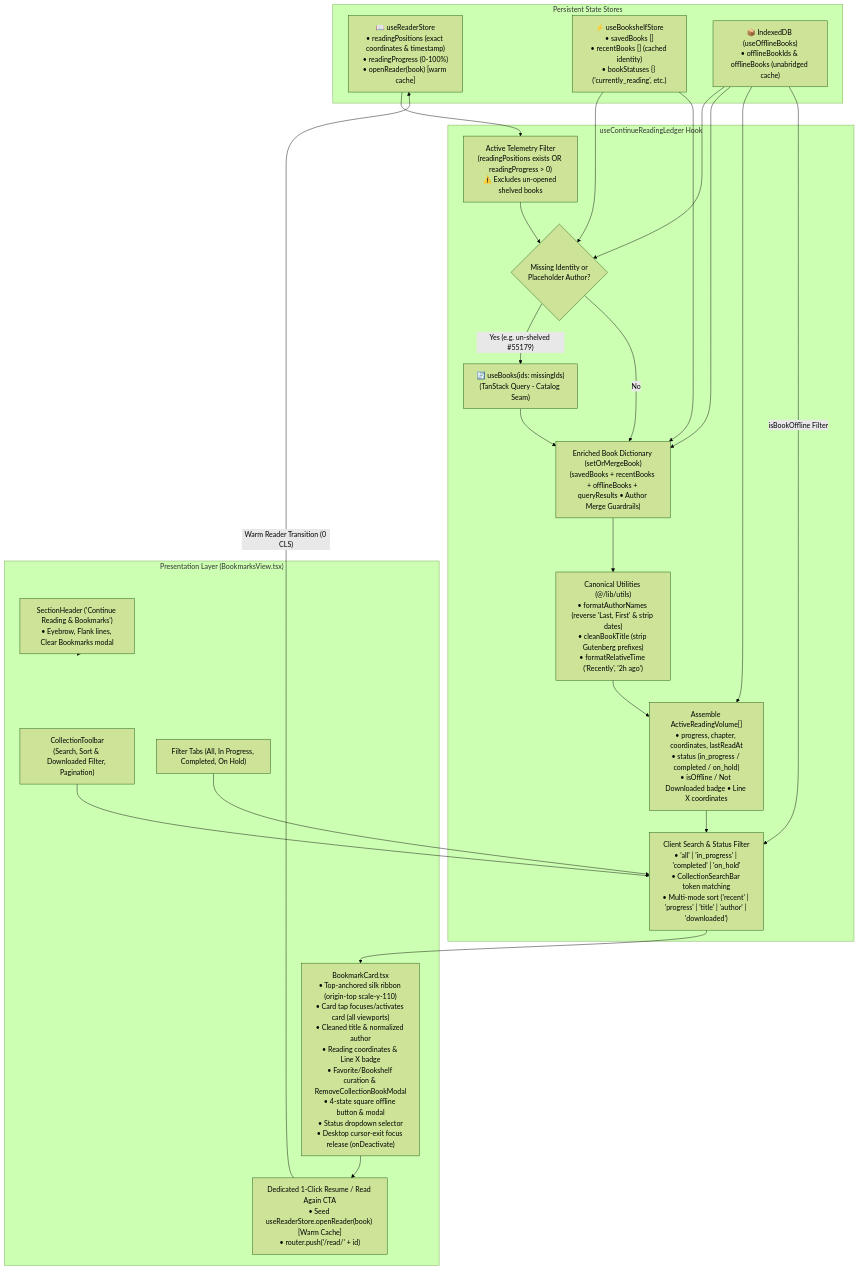
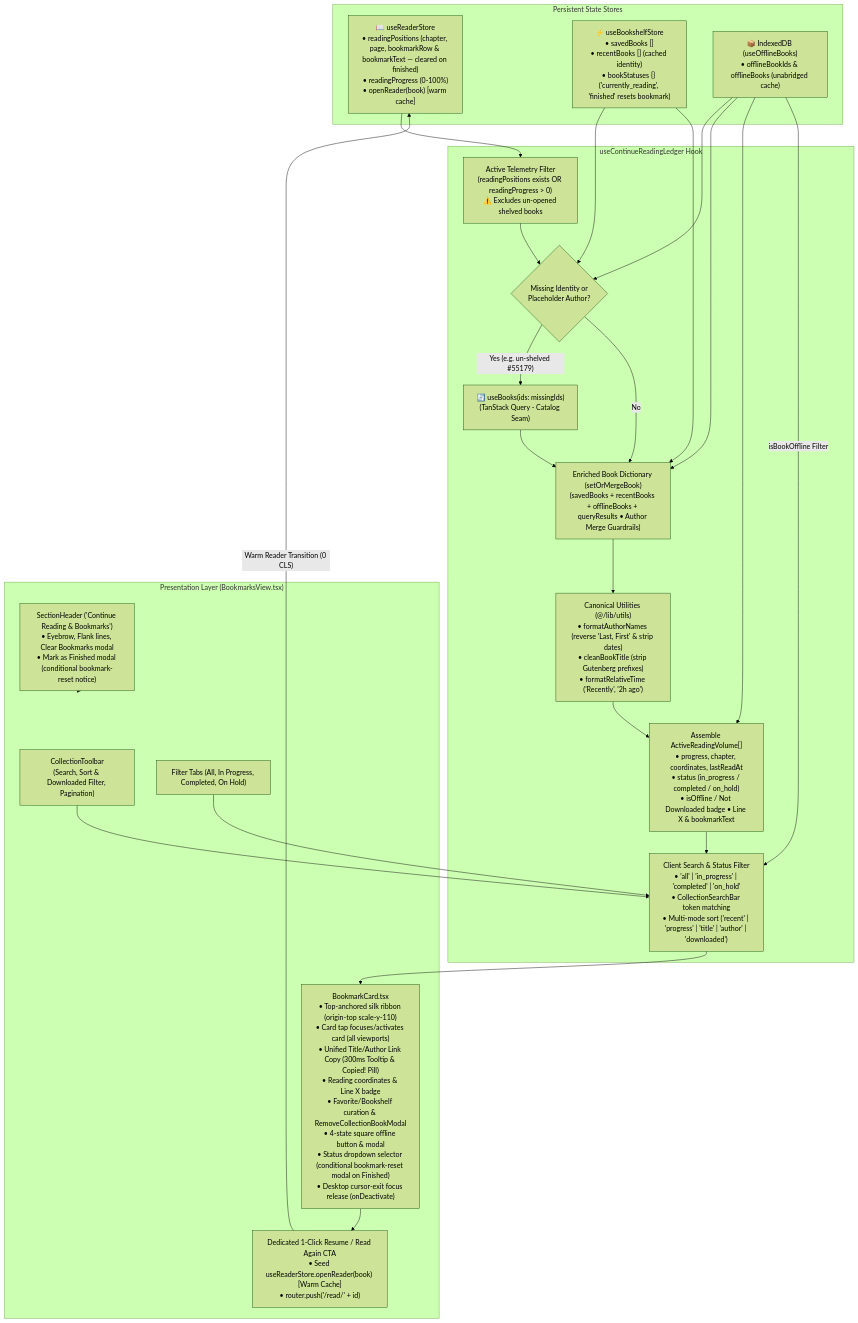
The third of 4 diagrams in README.md (calin-m/Bookarium), drawn with Mermaid (forest theme) before and after one commit. The commit also changed other lines of this file and 58 other files, not shown here.

First line of the commit message:
feat(reader,bookshelf): cross-display bookmark reflow, conditional finished reset, brightness controls & tablet modal parity

````diff
--- a/README.md
+++ b/README.md
@@ -529,47 +532,47 @@
 ```mermaid
 flowchart TD
     subgraph Storage ["Persistent State Stores"]
-        RS["📖 useReaderStore\n• readingPositions (exact coordinates & timestamp)\n• readingProgress (0-100%)\n• openReader(book) [warm cache]"]
-        BS["⚡ useBookshelfStore\n• savedBooks []\n• recentBooks [] (cached identity)\n• bookStatuses {} ('currently_reading', etc.)"]
+        RS["📖 useReaderStore\n• readingPositions (chapter, page, bookmarkRow & bookmarkText — cleared on finished)\n• readingProgress (0-100%)\n• openReader(book) [warm cache]"]
+        BS["⚡ useBookshelfStore\n• savedBooks []\n• recentBooks [] (cached identity)\n• bookStatuses {} ('currently_reading', 'finished' resets bookmark)"]
         IDB["📦 IndexedDB (useOfflineBooks)\n• offlineBookIds & offlineBooks (unabridged cache)"]
     end
 
     subgraph LedgerHook ["useContinueReadingLedger Hook"]
         FilterActive["Active Telemetry Filter\n(readingPositions exists OR readingProgress > 0)\n⚠️ Excludes un-opened shelved books"]
         MissingCheck{"Missing Identity or\nPlaceholder Author?"}
         QueryMissing["🔄 useBooks(ids: missingIds)\n(TanStack Query - Catalog Seam)"]
         EnrichDict["Enriched Book Dictionary (setOrMergeBook)\n(savedBooks + recentBooks + offlineBooks + queryResults • Author Merge Guardrails)"]
         Parser["Canonical Utilities (@/lib/utils)\n• formatAuthorNames (reverse 'Last, First' & strip dates)\n• cleanBookTitle (strip Gutenberg prefixes)\n• formatRelativeTime ('Recently', '2h ago')"]
-        Assembly["Assemble ActiveReadingVolume[]\n• progress, chapter, coordinates, lastReadAt\n• status (in_progress / completed / on_hold)\n• isOffline / Not Downloaded badge • Line X coordinates"]
+        Assembly["Assemble ActiveReadingVolume[]\n• progress, chapter, coordinates, lastReadAt\n• status (in_progress / completed / on_hold)\n• isOffline / Not Downloaded badge • Line X & bookmarkText"]
         FilterSort["Client Search & Status Filter\n• 'all' | 'in_progress' | 'completed' | 'on_hold'\n• CollectionSearchBar token matching\n• Multi-mode sort ('recent' | 'progress' | 'title' | 'author' | 'downloaded')"]
     end
 
     subgraph UI ["Presentation Layer (BookmarksView.tsx)"]
-        Header["SectionHeader ('Continue Reading & Bookmarks')\n• Eyebrow, Flank lines, Clear Bookmarks modal"]
+        Header["SectionHeader ('Continue Reading & Bookmarks')\n• Eyebrow, Flank lines, Clear Bookmarks modal\n• Mark as Finished modal (conditional bookmark-reset notice)"]
         Search["CollectionToolbar\n(Search, Sort & Downloaded Filter, Pagination)"]
         Tabs["Filter Tabs (All, In Progress, Completed, On Hold)"]
-        Cards["BookmarkCard.tsx\n• Top-anchored silk ribbon (origin-top scale-y-110)\n• Card tap focuses/activates card (all viewports)\n• Cleaned title & normalized author\n• Reading coordinates & Line X badge\n• Favorite/Bookshelf curation & RemoveCollectionBookModal\n• 4-state square offline button & modal\n• Status dropdown selector\n• Desktop cursor-exit focus release (onDeactivate)"]
+        Cards["BookmarkCard.tsx\n• Top-anchored silk ribbon (origin-top scale-y-110)\n• Card tap focuses/activates card (all viewports)\n• Unified Title/Author Link Copy (300ms Tooltip & Copied! Pill)\n• Reading coordinates & Line X badge\n• Favorite/Bookshelf curation & RemoveCollectionBookModal\n• 4-state square offline button & modal\n• Status dropdown selector (conditional bookmark-reset modal on Finished)\n• Desktop cursor-exit focus release (onDeactivate)"]
         ResumeAction["Dedicated 1-Click Resume / Read Again CTA\n• Seed useReaderStore.openReader(book) [Warm Cache]\n• router.push('/read/' + id)"]
     end
 
     RS --> FilterActive
     FilterActive --> MissingCheck
     BS --> MissingCheck
     IDB --> MissingCheck
     MissingCheck -->|"Yes (e.g. un-shelved #55179)"| QueryMissing
     QueryMissing --> EnrichDict
     MissingCheck -->|"No"| EnrichDict
     BS --> EnrichDict
     IDB --> EnrichDict
     EnrichDict --> Parser
     Parser --> Assembly
     IDB --> Assembly
     IDB -->|"isBookOffline Filter"| FilterSort
     Assembly --> FilterSort
     FilterSort --> Cards
     Header --> UI
     Search --> FilterSort
     Tabs --> FilterSort
     Cards --> ResumeAction
     ResumeAction -->|"Warm Reader Transition (0 CLS)"| RS
 ```
````
